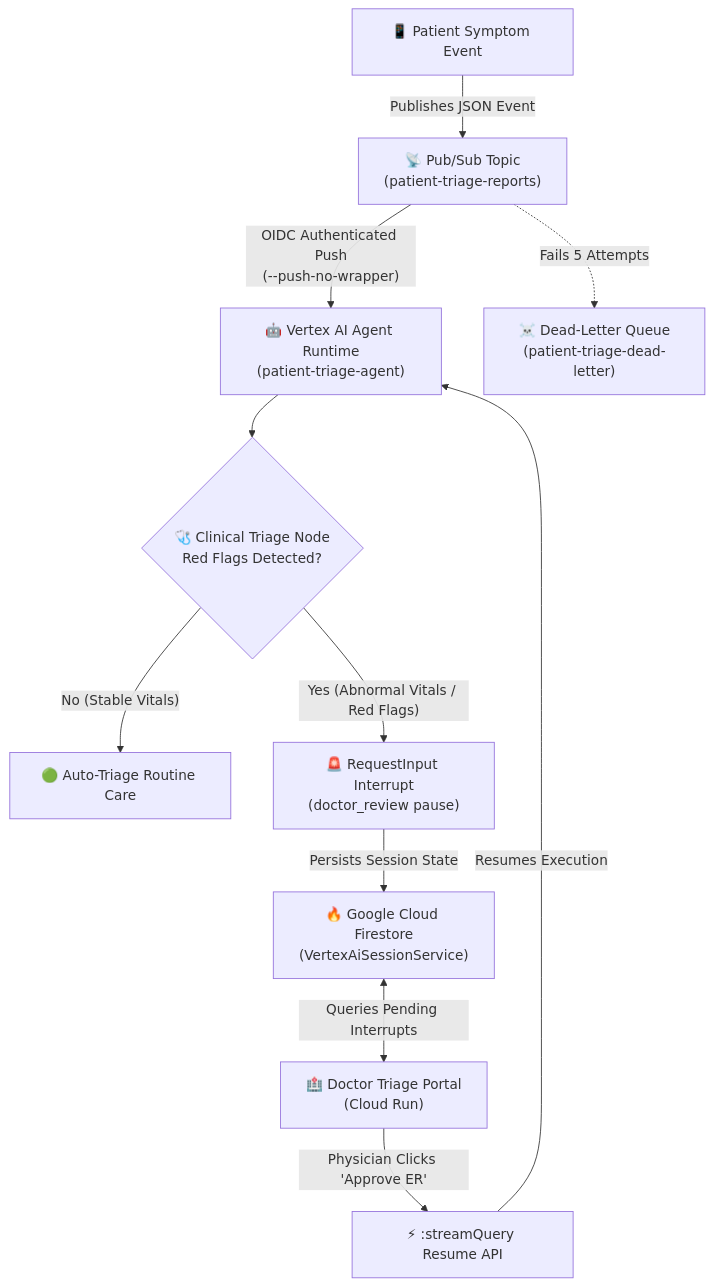
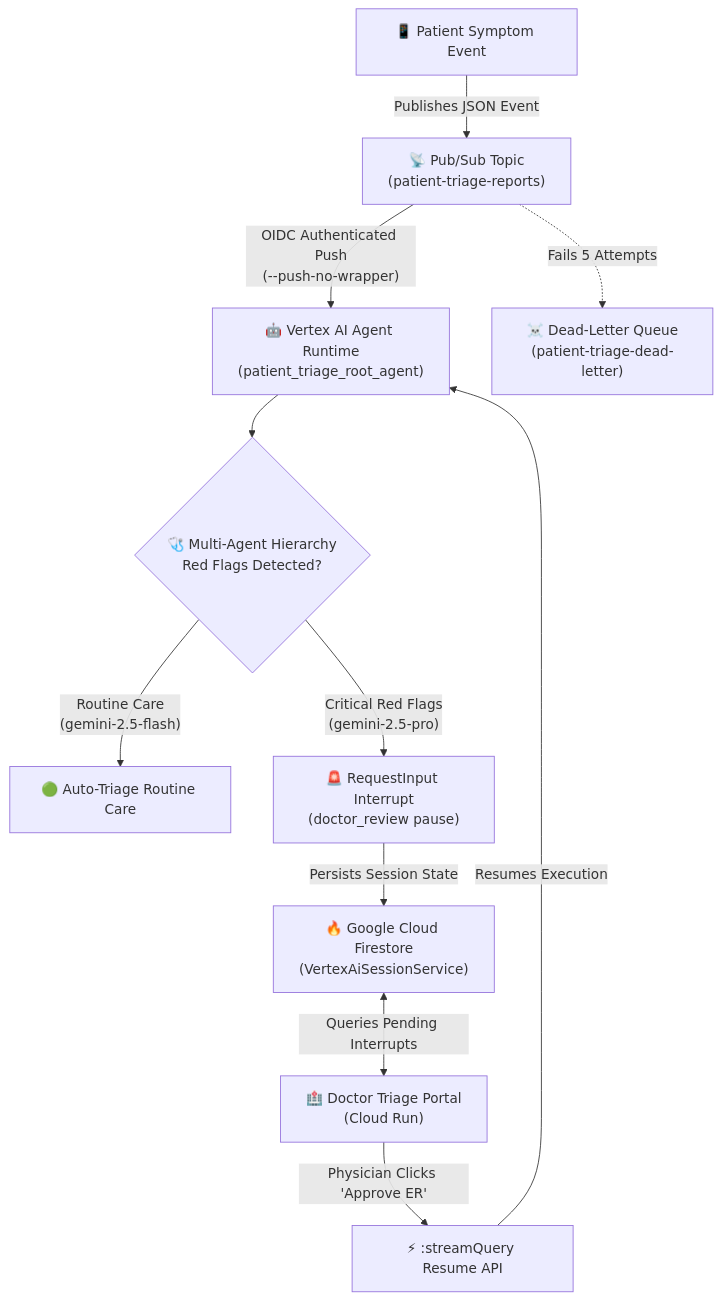
The diagram in README.md (eliywilner/patient-triage-agent), drawn with Mermaid before and after one commit. The commit also changed other lines of this file, not shown here.

Commit message:
Update README.md to document multi-agent hierarchy, model routing, system constitution, JSON logging, OpenTelemetry tracing, PII redaction, Terraform IaC, and test harness

````diff
--- a/README.md
+++ b/README.md
@@ -19,17 +19,17 @@
 ```mermaid
 flowchart TD
     A["📱 Patient Symptom Event"] -->|"Publishes JSON Event"| B["📡 Pub/Sub Topic\n(patient-triage-reports)"]
-    B -->|"OIDC Authenticated Push\n(--push-no-wrapper)"| C["🤖 Vertex AI Agent Runtime\n(patient-triage-agent)"]
+    B -->|"OIDC Authenticated Push\n(--push-no-wrapper)"| C["🤖 Vertex AI Agent Runtime\n(patient_triage_root_agent)"]
     
-    C --> D{"🩺 Clinical Triage Node\nRed Flags Detected?"}
-    D -->|"No (Stable Vitals)"| E["🟢 Auto-Triage Routine Care"]
-    D -->|"Yes (Abnormal Vitals / Red Flags)"| F["🚨 RequestInput Interrupt\n(doctor_review pause)"]
+    C --> D{"🩺 Multi-Agent Hierarchy\nRed Flags Detected?"}
+    D -->|"Routine Care\n(gemini-2.5-flash)"| E["🟢 Auto-Triage Routine Care"]
+    D -->|"Critical Red Flags\n(gemini-2.5-pro)"| F["🚨 RequestInput Interrupt\n(doctor_review pause)"]
     
     F -->|"Persists Session State"| G["🔥 Google Cloud Firestore\n(VertexAiSessionService)"]
     G <-->|"Queries Pending Interrupts"| H["🏥 Doctor Triage Portal\n(Cloud Run)"]
     
     H -->|"Physician Clicks 'Approve ER'"| I["⚡ :streamQuery Resume API"]
     I -->|"Resumes Execution"| C
     
     B -.->|"Fails 5 Attempts"| J["☠️ Dead-Letter Queue\n(patient-triage-dead-letter)"]
 ```
````
